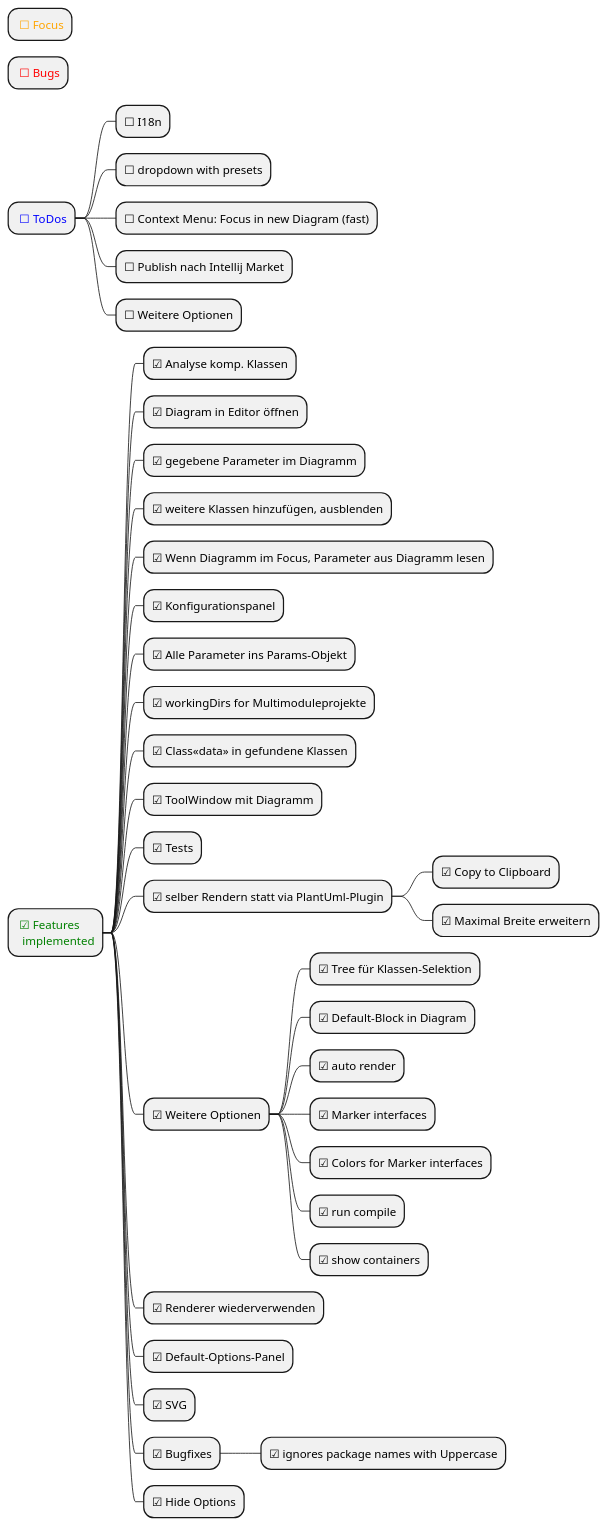
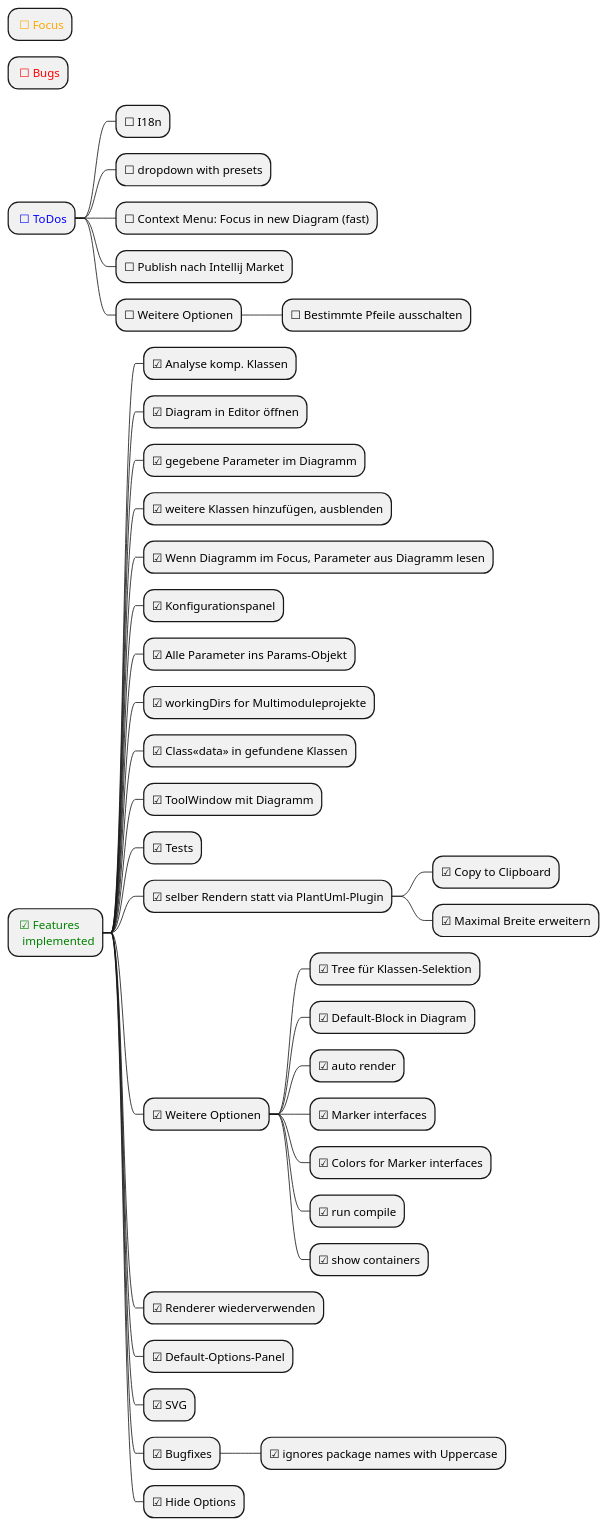
One commit to MrDolch/plantarch-intellij-plugin changed the diagram in docs/DevGuideRail.puml. Above: the diagram before and after it, drawn with PlantUML. The commit also changed 12 other files, not shown here.

```diff
--- a/docs/DevGuideRail.puml
+++ b/docs/DevGuideRail.puml
@@ -1,47 +1,47 @@
 @startmindmap
 skinparam monochrome false
 
 * <color:orange> ☐ Focus
 
 * <color:red> ☐ Bugs
 
 * <color:blue> ☐ ToDos
 ** ☐ I18n
 ** ☐ dropdown with presets
 ** ☐ Context Menu: Focus in new Diagram (fast)
 ** ☐ Publish nach Intellij Market
 ** ☐ Weitere Optionen
-
+*** ☐ Bestimmte Pfeile ausschalten
 
 * <color:green> ☑ Features\n <color:green> implemented
 ** ☑ Analyse komp. Klassen
 ** ☑ Diagram in Editor öffnen
 ** ☑ gegebene Parameter im Diagramm
 ** ☑ weitere Klassen hinzufügen, ausblenden
 ** ☑ Wenn Diagramm im Focus, Parameter aus Diagramm lesen
 ** ☑ Konfigurationspanel
 ** ☑ Alle Parameter ins Params-Objekt
 ** ☑ workingDirs for Multimoduleprojekte
 ** ☑ Class<<data>> in gefundene Klassen
 ** ☑ ToolWindow mit Diagramm
 ** ☑ Tests
 ** ☑ selber Rendern statt via PlantUml-Plugin
 *** ☑ Copy to Clipboard
 *** ☑ Maximal Breite erweitern
 ** ☑ Weitere Optionen
 *** ☑ Tree für Klassen-Selektion
 *** ☑ Default-Block in Diagram
 *** ☑ auto render
 *** ☑ Marker interfaces
 *** ☑ Colors for Marker interfaces
 *** ☑ run compile
 *** ☑ show containers
 ** ☑ Renderer wiederverwenden
 ** ☑ Default-Options-Panel
 ** ☑ SVG
 ** ☑ Bugfixes
 *** ☑ ignores package names with Uppercase
 ** ☑ Hide Options
 
 
 @endmindmap
```
